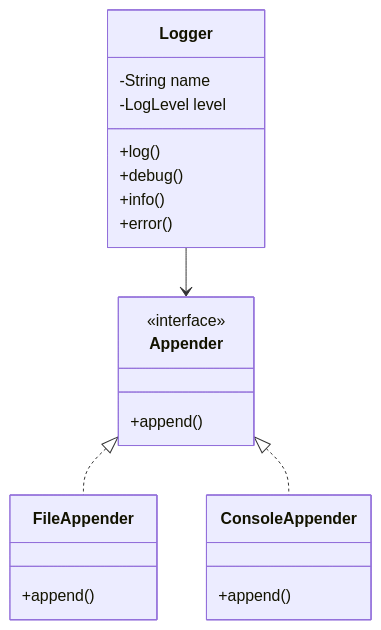
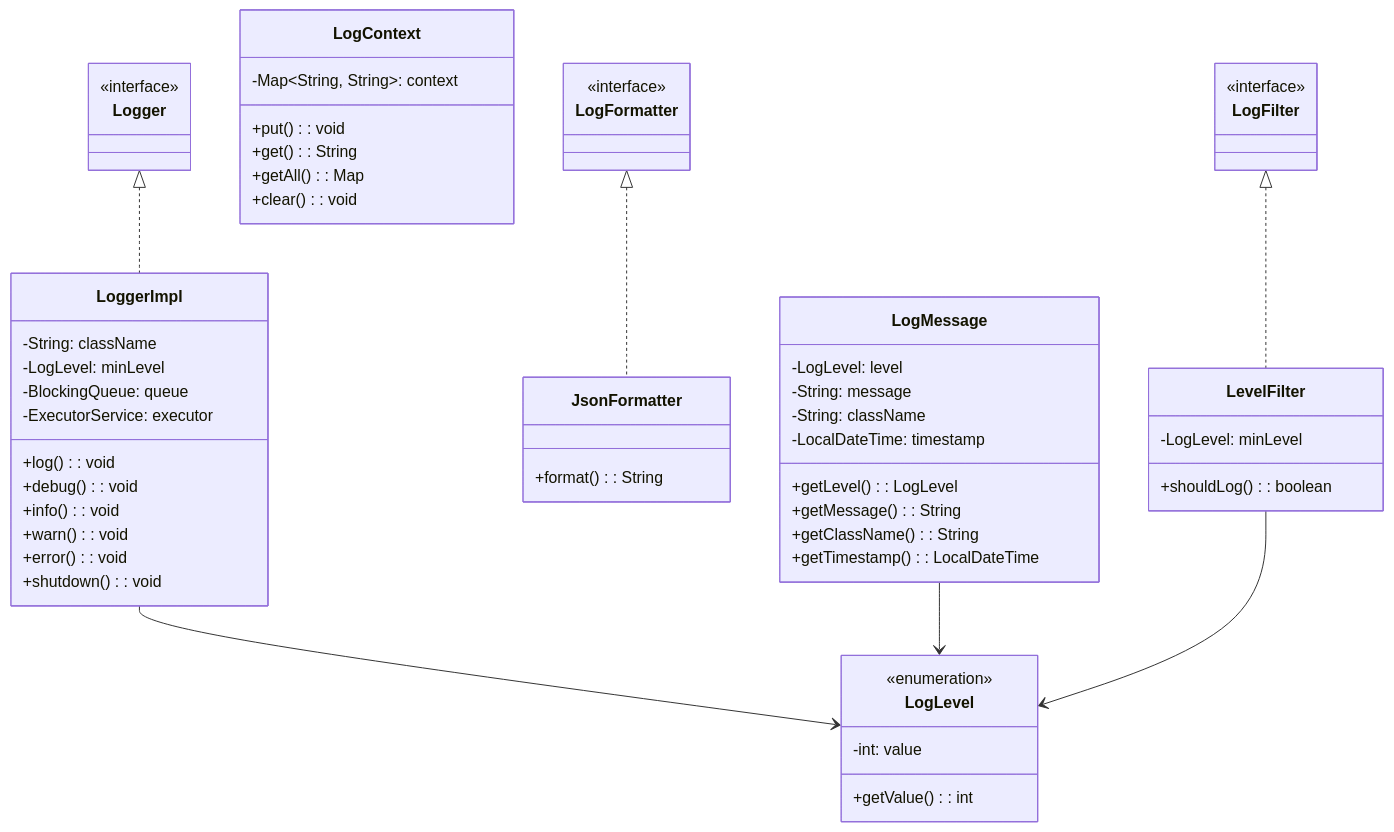
The diagram in docs/problems/loggingframework/README.md (dlkr18/lld-playbook), drawn with Mermaid before and after one commit. The commit also changed 131 other files, not shown here.

First line of the commit message:
feat: regenerate all class diagrams with comprehensive Java-based models

````diff
--- a/docs/problems/loggingframework/README.md
+++ b/docs/problems/loggingframework/README.md
@@ -377,24 +377,69 @@
 ```mermaid
 classDiagram
+
+    class LoggerImpl {
+        -String: className
+        -LogLevel: minLevel
+        -BlockingQueue<LogMessage>: queue
+        -ExecutorService: executor
+        +log(): void
+        +debug(): void
+        +info(): void
+        +warn(): void
+        +error(): void
+        +shutdown(): void
+    }
+
+    class JsonFormatter {
+        +format(): String
+    }
+
+    class LogFormatter {
+        <<interface>>
+    }
+
+    class LogContext {
+        -Map~String, String~: context
+        +put(): void
+        +get(): String
+        +getAll(): Map<String, String>
+        +clear(): void
+    }
+
+    class LogMessage {
+        -LogLevel: level
+        -String: message
+        -String: className
+        -LocalDateTime: timestamp
+        +getLevel(): LogLevel
+        +getMessage(): String
+        +getClassName(): String
+        +getTimestamp(): LocalDateTime
+    }
+
+    class LogLevel {
+        <<enumeration>>
+        -int: value
+        +getValue(): int
+    }
+
     class Logger {
-        -String name
-        -LogLevel level
-        +log()
-        +debug()
-        +info()
-        +error()
+        <<interface>>
     }
-    class Appender {
+
+    class LevelFilter {
+        -LogLevel: minLevel
+        +shouldLog(): boolean
+    }
+
+    class LogFilter {
         <<interface>>
-        +append()
     }
-    class FileAppender {
-        +append()
-    }
-    class ConsoleAppender {
-        +append()
-    }
-    Logger --> Appender
-    Appender <|.. FileAppender
-    Appender <|.. ConsoleAppender
+
+    Logger <|.. LoggerImpl
+    LoggerImpl --> LogLevel
+    LogFormatter <|.. JsonFormatter
+    LogMessage --> LogLevel
+    LogFilter <|.. LevelFilter
+    LevelFilter --> LogLevel
 ```
````
